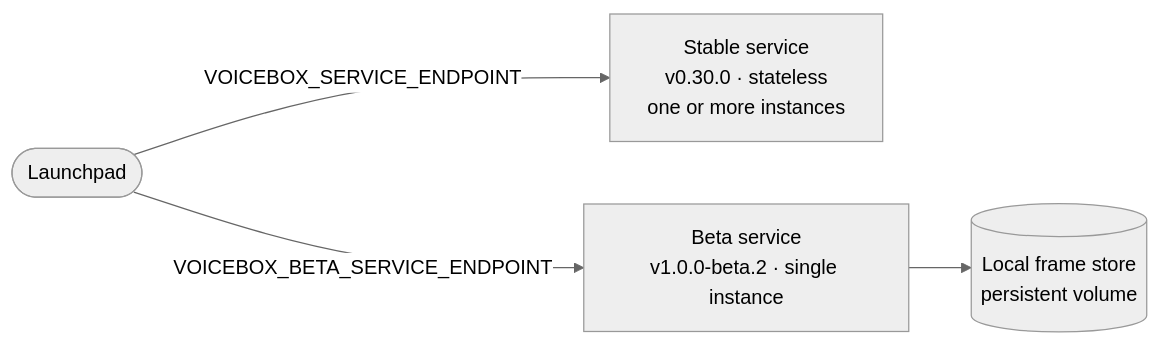
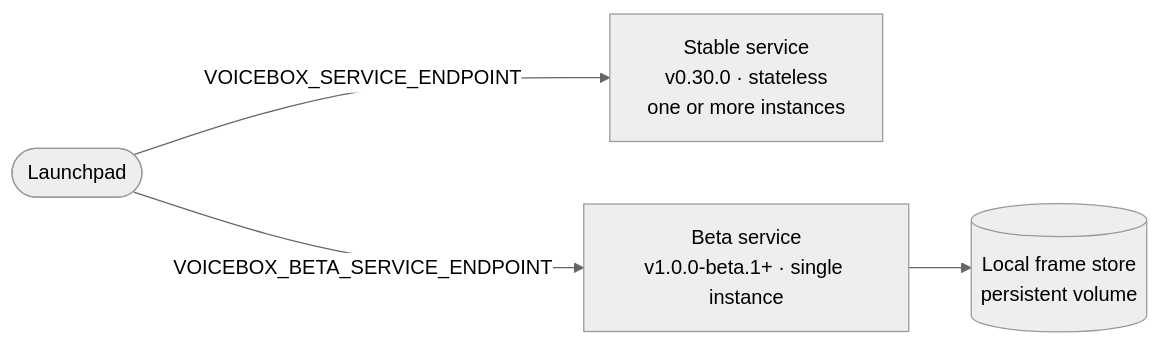
One commit to stardog-union/launchpad-docs changed the first of 2 diagrams in guides/voicebox-beta-deployment.md. Above: the diagram before and after it, drawn with Mermaid (neutral theme). The commit also changed other lines of this file, not shown here.

Commit message:
Reference v1.0.0-beta.1+ generically in beta deployment guide

````diff
--- a/guides/voicebox-beta-deployment.md
+++ b/guides/voicebox-beta-deployment.md
@@ -28,7 +28,7 @@
 ```mermaid
 flowchart LR
     LP([Launchpad])
     LP -->|VOICEBOX_SERVICE_ENDPOINT| ST["Stable service<br/>v0.30.0 · stateless<br/>one or more instances"]
-    LP -->|VOICEBOX_BETA_SERVICE_ENDPOINT| BE["Beta service<br/>v1.0.0-beta.2 · single instance"]
+    LP -->|VOICEBOX_BETA_SERVICE_ENDPOINT| BE["Beta service<br/>v1.0.0-beta.1+ · single instance"]
     BE --> FS[("Local frame store<br/>persistent volume")]
 ```
````
